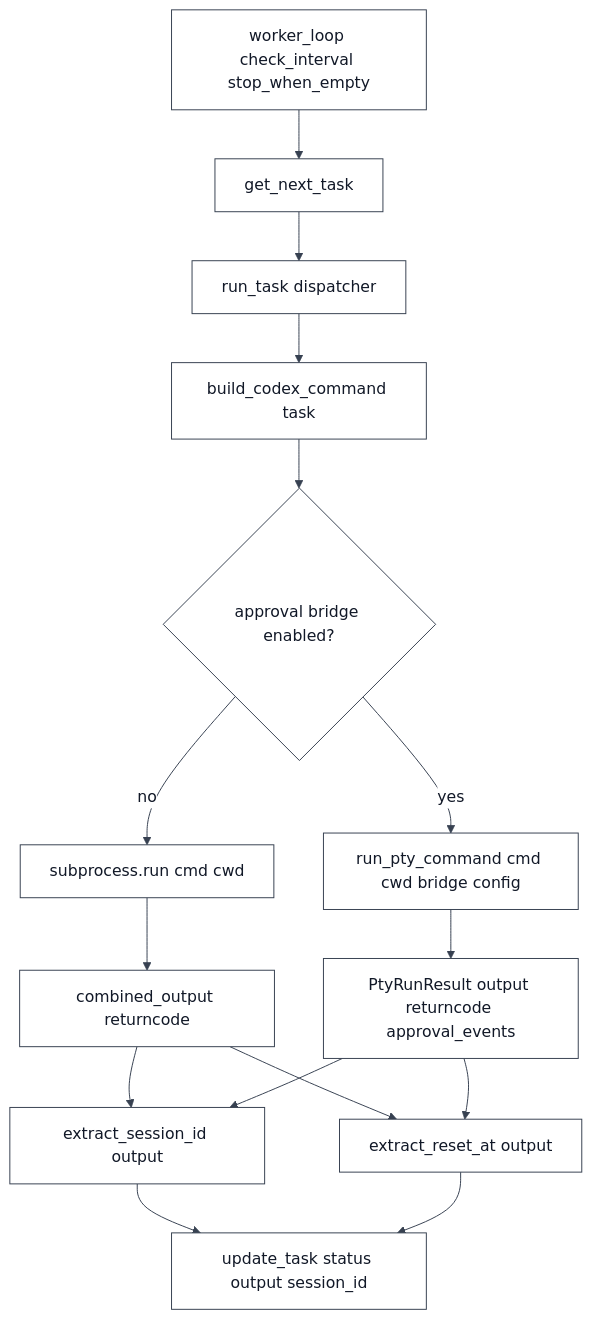
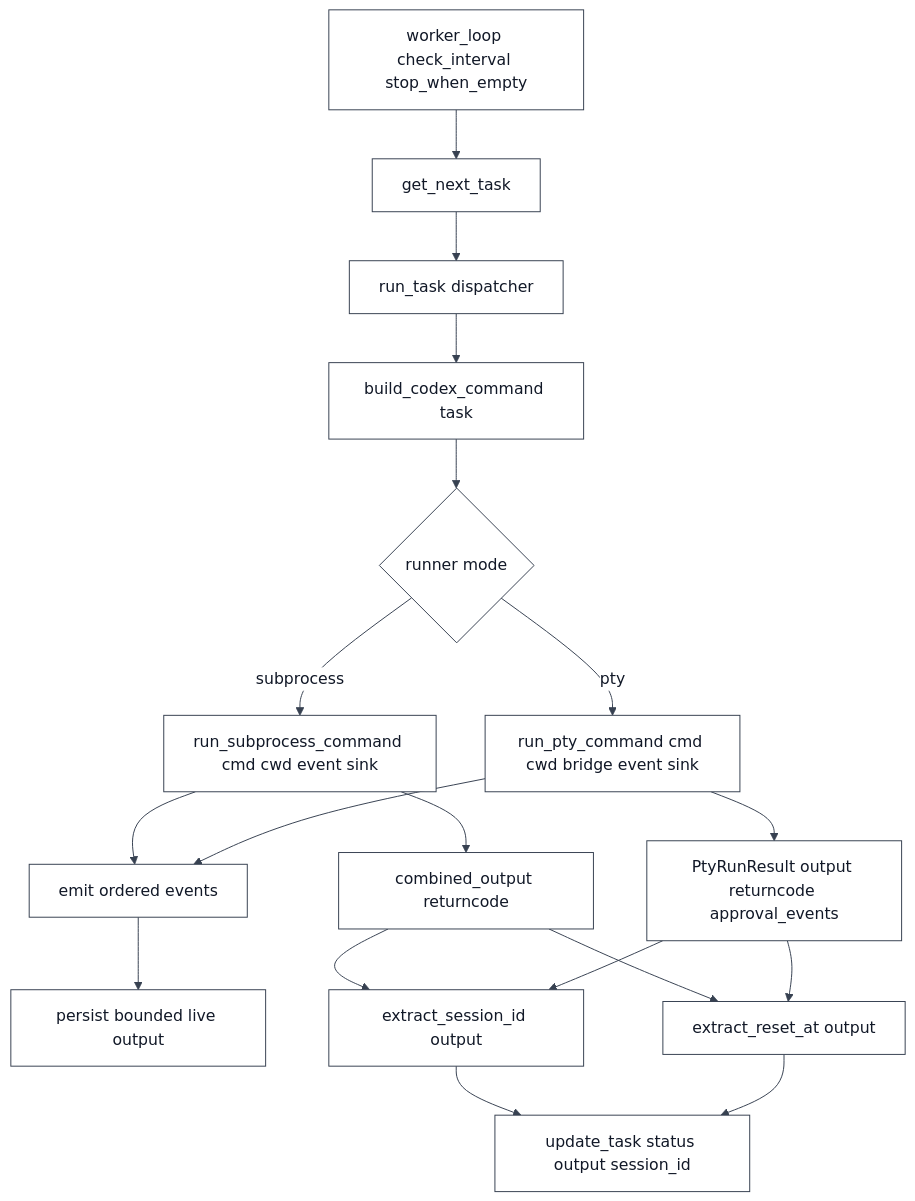
Before and after one commit to kinderp/durex: the sixth of 7 diagrams in docs/ARCHITECTURE.md, drawn with Mermaid. The commit also changed other lines of this file and 9 other files, not shown here.

````diff
--- a/docs/ARCHITECTURE.md
+++ b/docs/ARCHITECTURE.md
@@ -559,18 +597,21 @@
 ```mermaid
 %%{init: {"theme": "base", "themeVariables": {"primaryColor": "#ffffff", "primaryTextColor": "#111827", "primaryBorderColor": "#374151", "lineColor": "#374151", "secondaryColor": "#f3f4f6", "tertiaryColor": "#ffffff", "textColor": "#111827", "mainBkg": "#ffffff", "nodeBorder": "#374151", "clusterBkg": "#f9fafb", "clusterBorder": "#9ca3af", "edgeLabelBackground": "#ffffff", "actorBkg": "#ffffff", "actorBorder": "#374151", "actorTextColor": "#111827", "activationBkgColor": "#e5e7eb", "activationBorderColor": "#374151", "signalColor": "#111827", "signalTextColor": "#111827", "noteBkgColor": "#fef3c7", "noteTextColor": "#111827", "noteBorderColor": "#92400e"}}}%%
 flowchart TD
     A[worker_loop check_interval stop_when_empty] --> B[get_next_task]
     B --> C[run_task dispatcher]
     C --> D[build_codex_command task]
-    D --> E{approval bridge enabled?}
-    E -->|no| F[subprocess.run cmd cwd]
-    E -->|yes| G[run_pty_command cmd cwd bridge config]
+    D --> E{runner mode}
+    E -->|subprocess| F[run_subprocess_command cmd cwd event sink]
+    E -->|pty| G[run_pty_command cmd cwd bridge event sink]
+    F --> M[emit ordered events]
+    G --> M
+    M --> N[persist bounded live output]
     F --> H[combined_output returncode]
     G --> I[PtyRunResult output returncode approval_events]
     H --> J[extract_session_id output]
     H --> K[extract_reset_at output]
     I --> J
     I --> K
     J --> L[update_task status output session_id]
     K --> L
 ```
````
